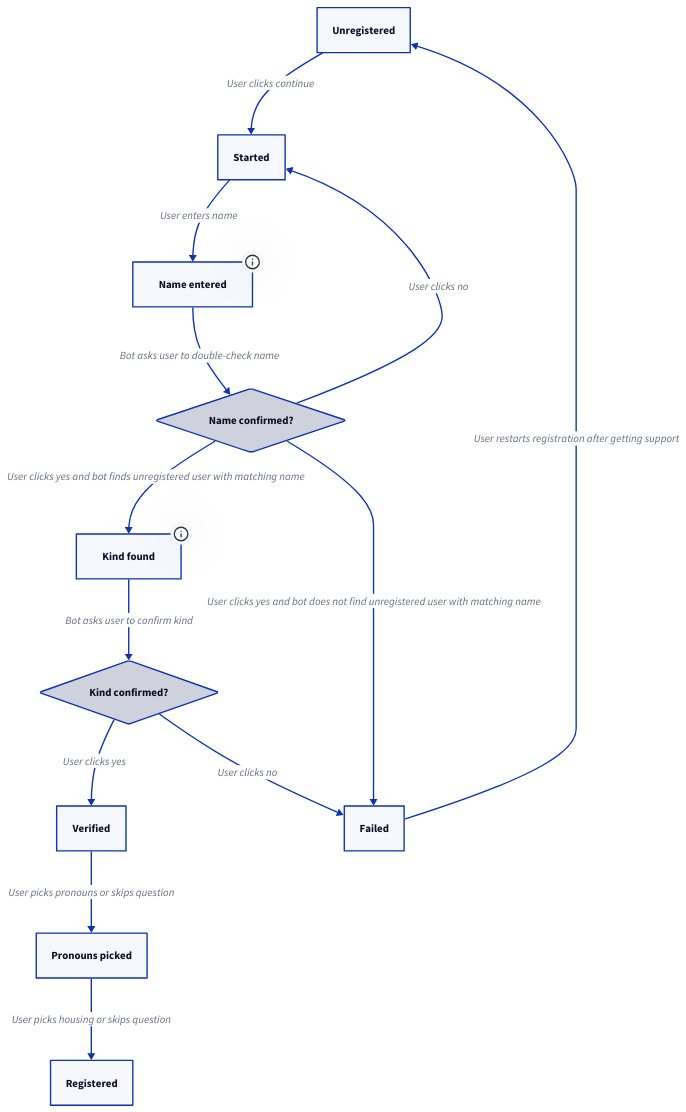
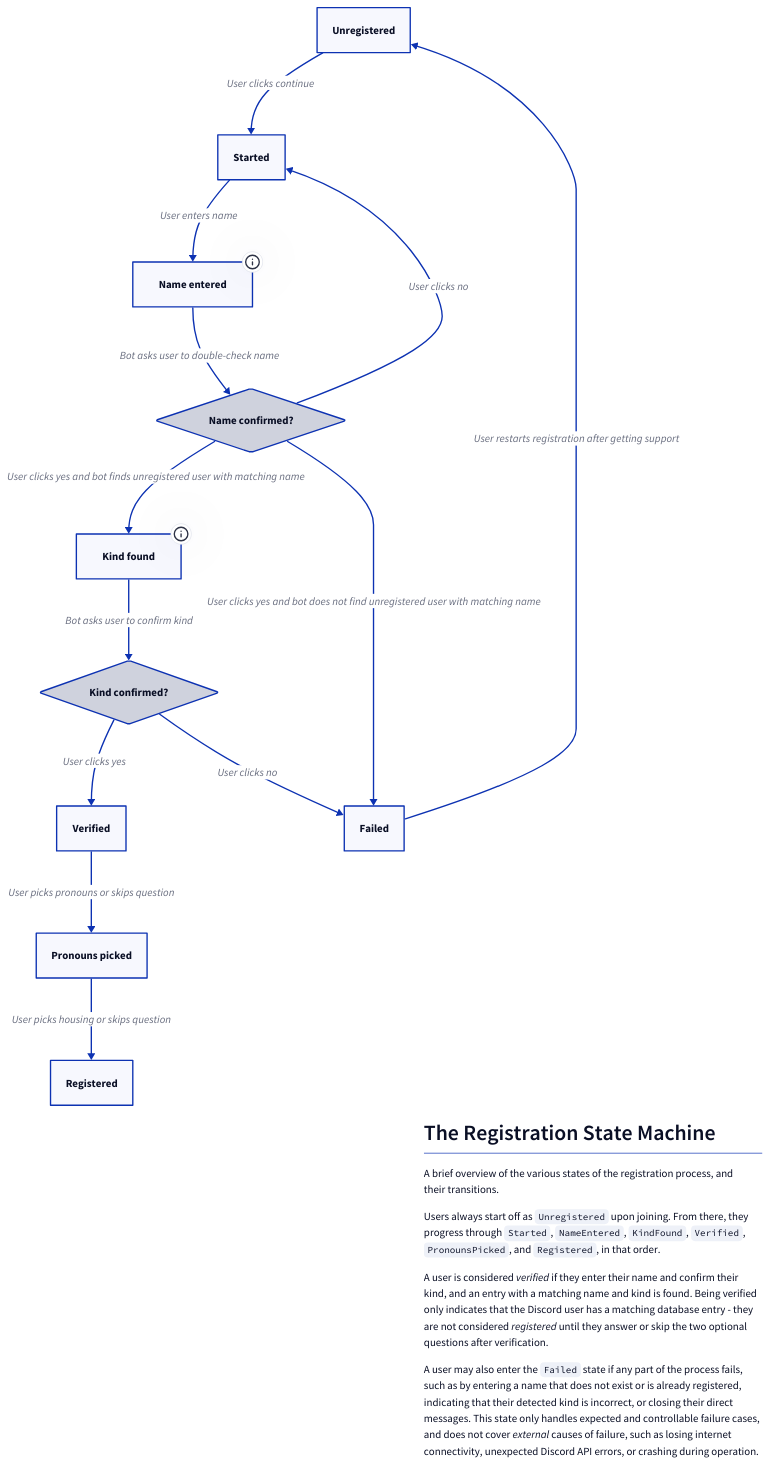
Before and after one commit to Carnagion/norris: the diagram in docs/src/registration-states.d2, drawn with D2. The commit also changed 1 other file, not shown here.

Commit message:
Add explanation to state diagram

```diff
--- a/docs/src/registration-states.d2
+++ b/docs/src/registration-states.d2
@@ -1,57 +1,83 @@
+about: |md
+    # The Registration State Machine
+    
+    A brief overview of the various states of the registration process, and  
+    their transitions.
+
+    Users always start off as `Unregistered` upon joining. From there, they  
+    progress through `Started`, `NameEntered`, `KindFound`, `Verified`,  
+    `PronounsPicked`, and `Registered`, in that order.
+
+    A user is considered *verified* if they enter their name and confirm their  
+    kind, and an entry with a matching name and kind is found. Being verified  
+    only indicates that the Discord user has a matching database entry - they  
+    are not considered *registered* until they answer or skip the two optional  
+    questions after verification.
+
+    A user may also enter the `Failed` state if any part of the process fails,  
+    such as by entering a name that does not exist or is already registered,  
+    indicating that their detected kind is incorrect, or closing their direct  
+    messages. This state only handles expected and controllable failure cases,  
+    and does not cover *external* causes of failure, such as losing internet  
+    connectivity, unexpected Discord API errors, or crashing during operation.
+| {
+    near: bottom-right
+}
+
 # States
 
 unregistered: "Unregistered"
 
 started: "Started"
 
 name-entered: "Name entered" {
   tooltip: Contains the user's name
 }
 
 kind-found: "Kind found" {
   tooltip: "Contains the user's name and kind"
 }
 
 verified: "Verified"
 
 pronouns-picked: "Pronouns picked"
 
 registered: "Registered"
 
 failed: "Failed"
 
 # Decisions
 
 name-confirmed?: "Name confirmed?" {
   shape: diamond
 }
 
 kind-confirmed?: "Kind confirmed?" {
   shape: diamond
 }
 
 # Connections
 
 unregistered -> started: "User clicks continue"
 
 started -> name-entered: "User enters name"
 
 name-entered -> name-confirmed?: "Bot asks user to double-check name"
 
 name-confirmed? -> started: "User clicks no"
 
 name-confirmed? -> kind-found: "User clicks yes and bot finds unregistered user with matching name"
 
 name-confirmed? -> failed: "User clicks yes and bot does not find unregistered user with matching name"
 
 kind-found -> kind-confirmed?: "Bot asks user to confirm kind"
 
 kind-confirmed? -> verified: "User clicks yes"
 
 kind-confirmed? -> failed: "User clicks no"
 
 verified -> pronouns-picked: "User picks pronouns or skips question"
 
 pronouns-picked -> registered: "User picks housing or skips question"
 
 failed -> unregistered: "User restarts registration after getting support"
```
